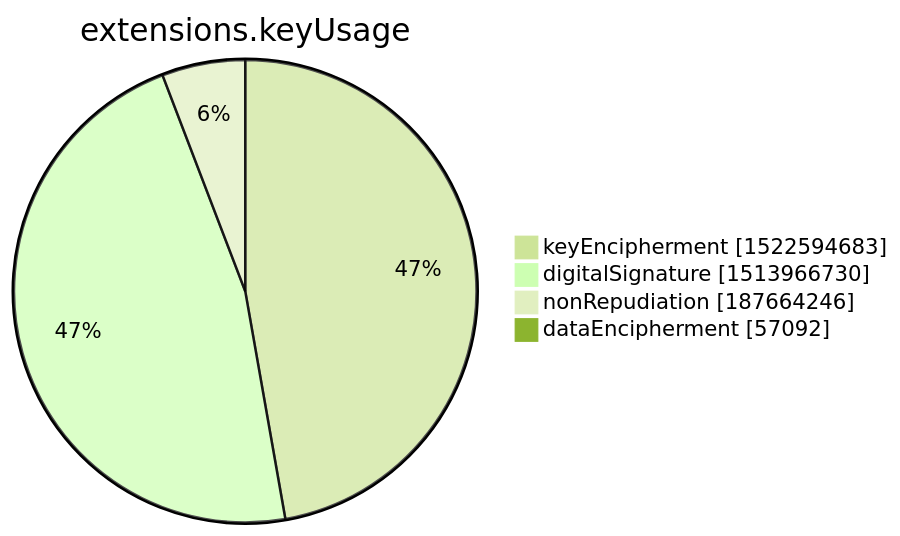
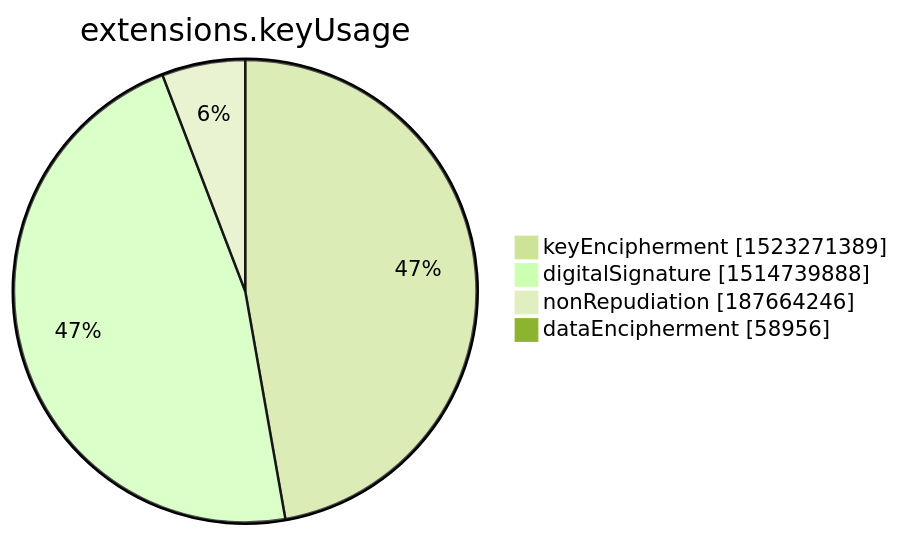
Before and after one commit to christiankrug/ctmonitor_visualization: the seventh of 15 diagrams in xenon2022/README.md, drawn with Mermaid (forest theme). The commit also changed other lines of this file, not shown here.

````diff
--- a/xenon2022/README.md
+++ b/xenon2022/README.md
@@ -2847,8 +2847,8 @@
 ```mermaid
 pie showData
 title extensions.keyUsage
-"keyEncipherment" :1522594683
-"digitalSignature" :1513966730
+"keyEncipherment" :1523271389
+"digitalSignature" :1514739888
 "nonRepudiation" :187664246
-"dataEncipherment" :57092
+"dataEncipherment" :58956
 ```
````
